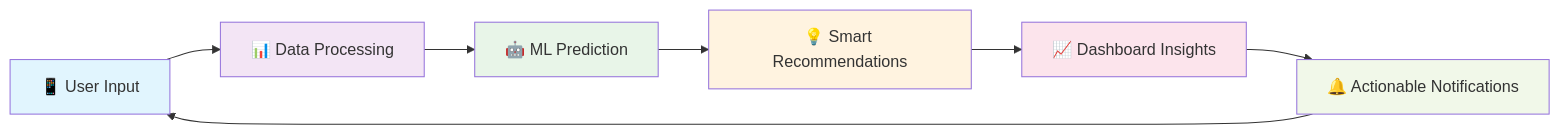
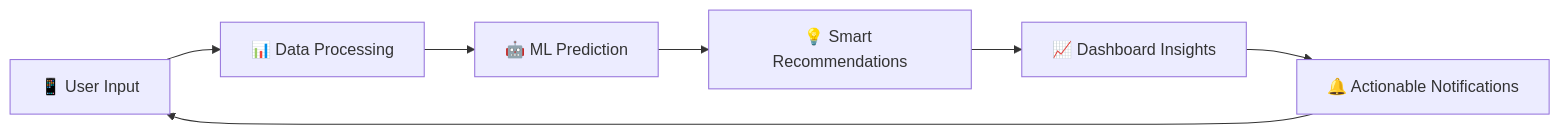
The second of 2 diagrams in README.md (Malu2003/electricity_consumption), drawn with Mermaid before and after one commit. The commit also changed other lines of this file, not shown here.

````diff
--- a/README.md
+++ b/README.md
@@ -212,16 +204,10 @@
 ```mermaid
 flowchart LR
     A[📱 User Input] --> B[📊 Data Processing]
     B --> C[🤖 ML Prediction]
     C --> D[💡 Smart Recommendations]
     D --> E[📈 Dashboard Insights]
     E --> F[🔔 Actionable Notifications]
     F --> A
 
-    style A fill:#e1f5fe
-    style B fill:#f3e5f5
-    style C fill:#e8f5e8
-    style D fill:#fff3e0
-    style E fill:#fce4ec
-    style F fill:#f1f8e9
 ```
````
